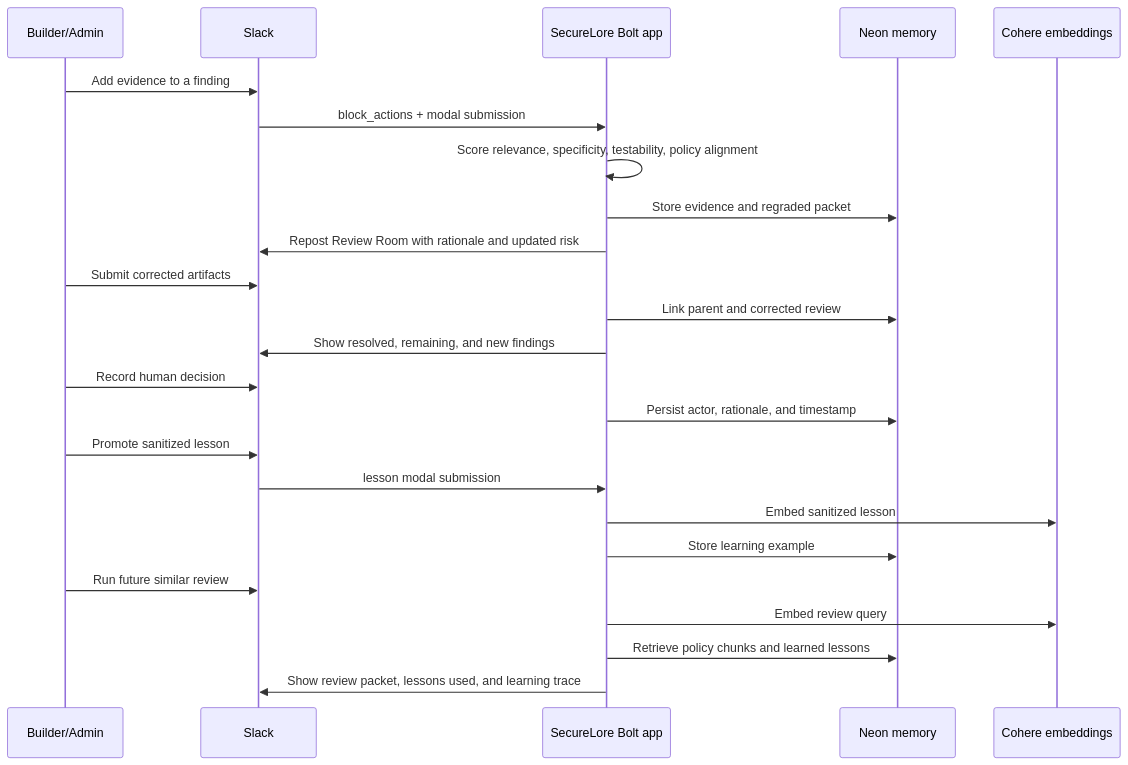
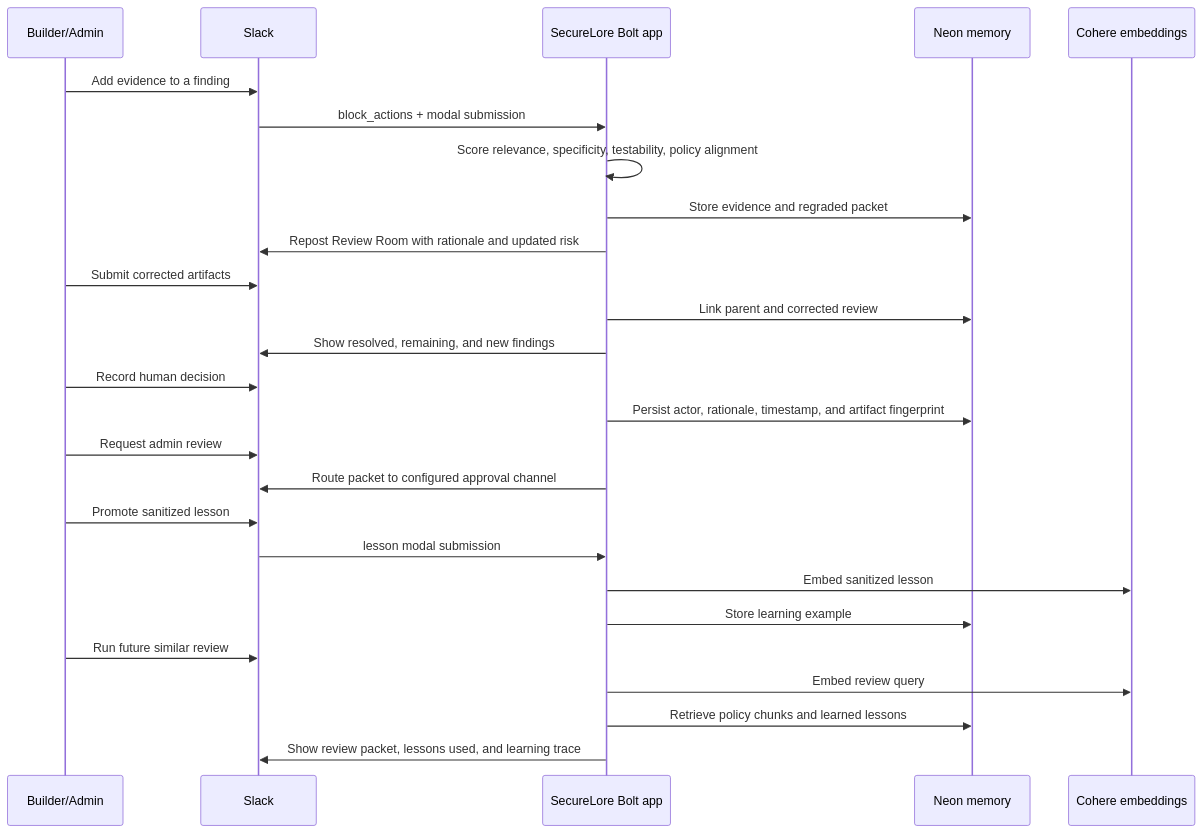
One commit to N-45div/SecureLore changed the second of 5 diagrams in ARCHITECTURE.md. Above: the diagram before and after it, drawn with Mermaid. The commit also changed other lines of this file and 5 other files, not shown here.

````diff
--- a/ARCHITECTURE.md
+++ b/ARCHITECTURE.md
@@ -30,27 +31,29 @@
 ```mermaid
 sequenceDiagram
   participant U as Builder/Admin
   participant S as Slack
   participant A as SecureLore Bolt app
   participant N as Neon memory
   participant C as Cohere embeddings
 
   U->>S: Add evidence to a finding
   S->>A: block_actions + modal submission
   A->>A: Score relevance, specificity, testability, policy alignment
   A->>N: Store evidence and regraded packet
   A->>S: Repost Review Room with rationale and updated risk
   U->>S: Submit corrected artifacts
   A->>N: Link parent and corrected review
   A->>S: Show resolved, remaining, and new findings
   U->>S: Record human decision
-  A->>N: Persist actor, rationale, and timestamp
+  A->>N: Persist actor, rationale, timestamp, and artifact fingerprint
+  U->>S: Request admin review
+  A->>S: Route packet to configured approval channel
   U->>S: Promote sanitized lesson
   S->>A: lesson modal submission
   A->>C: Embed sanitized lesson
   A->>N: Store learning example
   U->>S: Run future similar review
   A->>C: Embed review query
   A->>N: Retrieve policy chunks and learned lessons
   A->>S: Show review packet, lessons used, and learning trace
 ```
````
